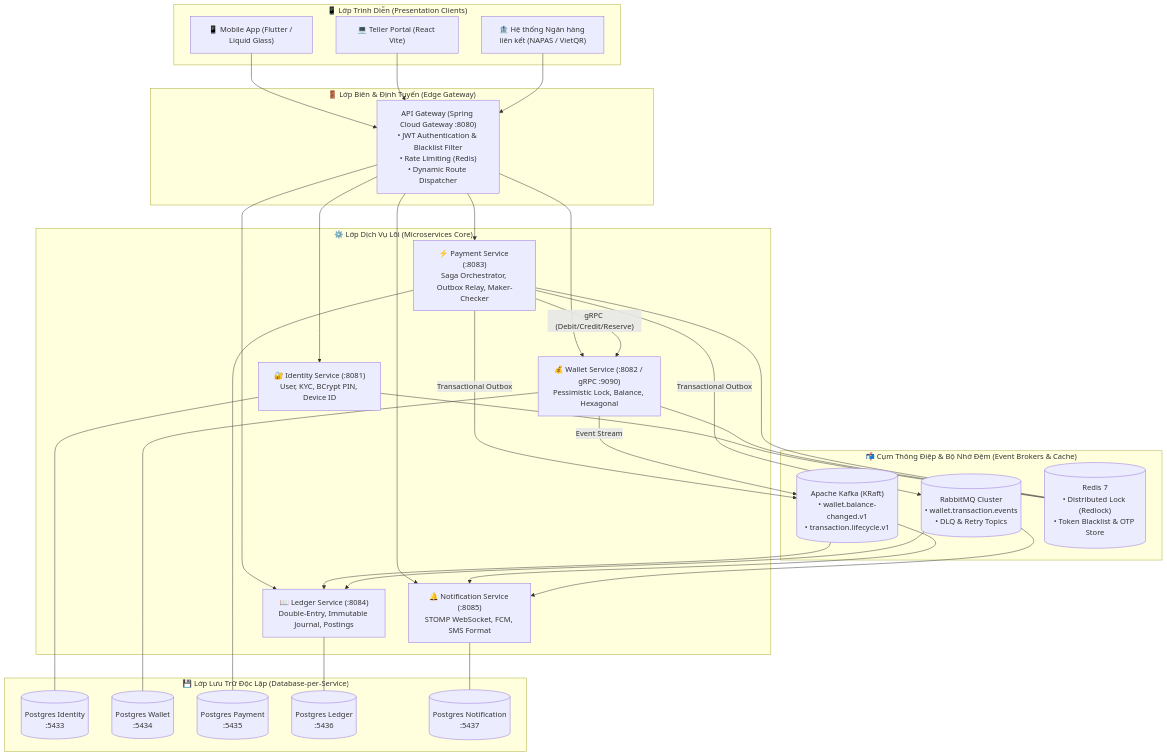
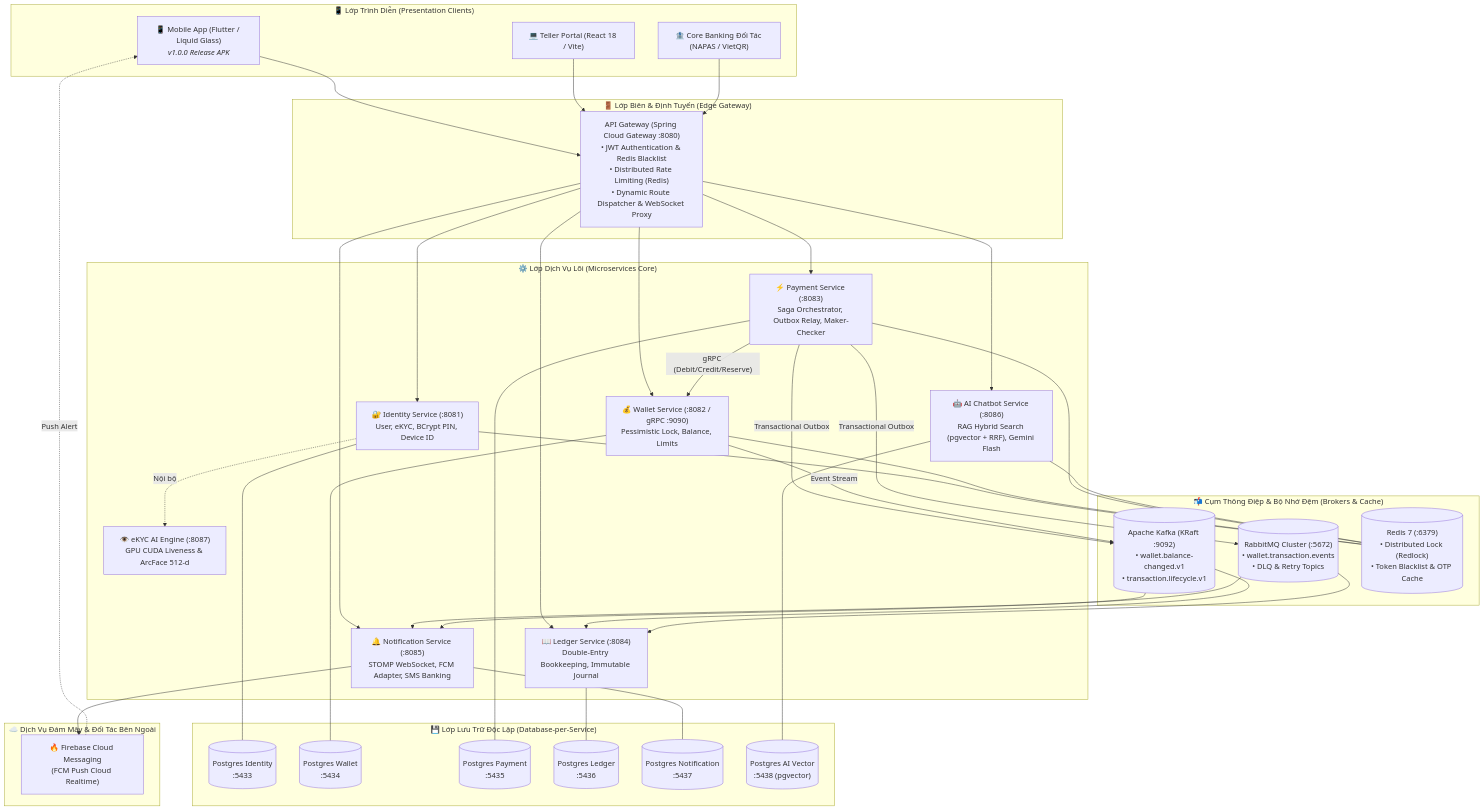
Before and after one commit to buidi2004/core-banking-microservices: the diagram in README.md, drawn with Mermaid. The commit also changed other lines of this file, not shown here.

Commit message:
docs: update README with release APK v1.0.0, 7 microservices architecture diagram, and clean up duplicate sections

````diff
--- a/README.md
+++ b/README.md
@@ -22,59 +31,71 @@
 ```mermaid
 flowchart TD
     subgraph Clients["📱 Lớp Trình Diễn (Presentation Clients)"]
-        Mobile["📱 Mobile App (Flutter / Liquid Glass)"]
-        TellerPortal["💻 Teller Portal (React Vite)"]
-        ExternalBank["🏦 Hệ thống Ngân hàng liên kết (NAPAS / VietQR)"]
+        Mobile["📱 Mobile App (Flutter / Liquid Glass)<br/><i>v1.0.0 Release APK</i>"]
+        TellerPortal["💻 Teller Portal (React 18 / Vite)"]
+        ExternalBank["🏦 Core Banking Đối Tác (NAPAS / VietQR)"]
     end
 
     subgraph Gateway["🚪 Lớp Biên & Định Tuyến (Edge Gateway)"]
-        APIGW["API Gateway (Spring Cloud Gateway :8080)<br/>• JWT Authentication & Blacklist Filter<br/>• Rate Limiting (Redis)<br/>• Dynamic Route Dispatcher"]
+        APIGW["API Gateway (Spring Cloud Gateway :8080)<br/>• JWT Authentication & Redis Blacklist<br/>• Distributed Rate Limiting (Redis)<br/>• Dynamic Route Dispatcher & WebSocket Proxy"]
     end
 
     subgraph Microservices["⚙️ Lớp Dịch Vụ Lõi (Microservices Core)"]
-        Identity["🔐 Identity Service (:8081)<br/>User, KYC, BCrypt PIN, Device ID"]
-        Wallet["💰 Wallet Service (:8082 / gRPC :9090)<br/>Pessimistic Lock, Balance, Hexagonal"]
+        Identity["🔐 Identity Service (:8081)<br/>User, eKYC, BCrypt PIN, Device ID"]
+        Wallet["💰 Wallet Service (:8082 / gRPC :9090)<br/>Pessimistic Lock, Balance, Limits"]
         Payment["⚡ Payment Service (:8083)<br/>Saga Orchestrator, Outbox Relay, Maker-Checker"]
-        Ledger["📖 Ledger Service (:8084)<br/>Double-Entry, Immutable Journal, Postings"]
-        Notification["🔔 Notification Service (:8085)<br/>STOMP WebSocket, FCM, SMS Format"]
+        Ledger["📖 Ledger Service (:8084)<br/>Double-Entry Bookkeeping, Immutable Journal"]
+        Notification["🔔 Notification Service (:8085)<br/>STOMP WebSocket, FCM Adapter, SMS Banking"]
+        AIService["🤖 AI Chatbot Service (:8086)<br/>RAG Hybrid Search (pgvector + RRF), Gemini Flash"]
+        EKYCAI["👁️ eKYC AI Engine (:8087)<br/>GPU CUDA Liveness & ArcFace 512-d"]
     end
 
     subgraph Storage["💾 Lớp Lưu Trữ Độc Lập (Database-per-Service)"]
         DB_ID[("Postgres Identity<br/>:5433")]
         DB_WAL[("Postgres Wallet<br/>:5434")]
         DB_PAY[("Postgres Payment<br/>:5435")]
         DB_LED[("Postgres Ledger<br/>:5436")]
         DB_NOT[("Postgres Notification<br/>:5437")]
+        DB_AI[("Postgres AI Vector<br/>:5438 (pgvector)")]
     end
 
-    subgraph Messaging["📬 Cụm Thông Điệp & Bộ Nhớ Đệm (Event Brokers & Cache)"]
-        Kafka[("Apache Kafka (KRaft)<br/>• wallet.balance-changed.v1<br/>• transaction.lifecycle.v1")]
-        RabbitMQ[("RabbitMQ Cluster<br/>• wallet.transaction.events<br/>• DLQ & Retry Topics")]
-        Redis[("Redis 7<br/>• Distributed Lock (Redlock)<br/>• Token Blacklist & OTP Store")]
+    subgraph Messaging["📬 Cụm Thông Điệp & Bộ Nhớ Đệm (Brokers & Cache)"]
+        Kafka[("Apache Kafka (KRaft :9092)<br/>• wallet.balance-changed.v1<br/>• transaction.lifecycle.v1")]
+        RabbitMQ[("RabbitMQ Cluster (:5672)<br/>• wallet.transaction.events<br/>• DLQ & Retry Topics")]
+        Redis[("Redis 7 (:6379)<br/>• Distributed Lock (Redlock)<br/>• Token Blacklist & OTP Cache")]
+    end
+
+    subgraph CloudExt["☁️ Dịch Vụ Đám Mây & Đối Tác Bên Ngoài"]
+        FCM["🔥 Firebase Cloud Messaging<br/>(FCM Push Cloud Realtime)"]
     end
 
     Mobile --> APIGW
     TellerPortal --> APIGW
     ExternalBank --> APIGW
 
     APIGW --> Identity
     APIGW --> Wallet
     APIGW --> Payment
     APIGW --> Ledger
     APIGW --> Notification
+    APIGW --> AIService
+    Identity -. "Nội bộ" .-> EKYCAI
 
     Payment -- "gRPC (Debit/Credit/Reserve)" --> Wallet
     Payment -- "Transactional Outbox" --> Kafka & RabbitMQ
     Wallet -- "Event Stream" --> Kafka
 
     Kafka & RabbitMQ --> Ledger
     Kafka & RabbitMQ --> Notification
+    Notification --> FCM
+    FCM -. "Push Alert" .-> Mobile
 
     Identity --- DB_ID
     Wallet --- DB_WAL
     Payment --- DB_PAY
     Ledger --- DB_LED
     Notification --- DB_NOT
+    AIService --- DB_AI
 
-    Identity & Wallet & Payment --- Redis
+    Identity & Wallet & Payment & AIService --- Redis
 ```
````
